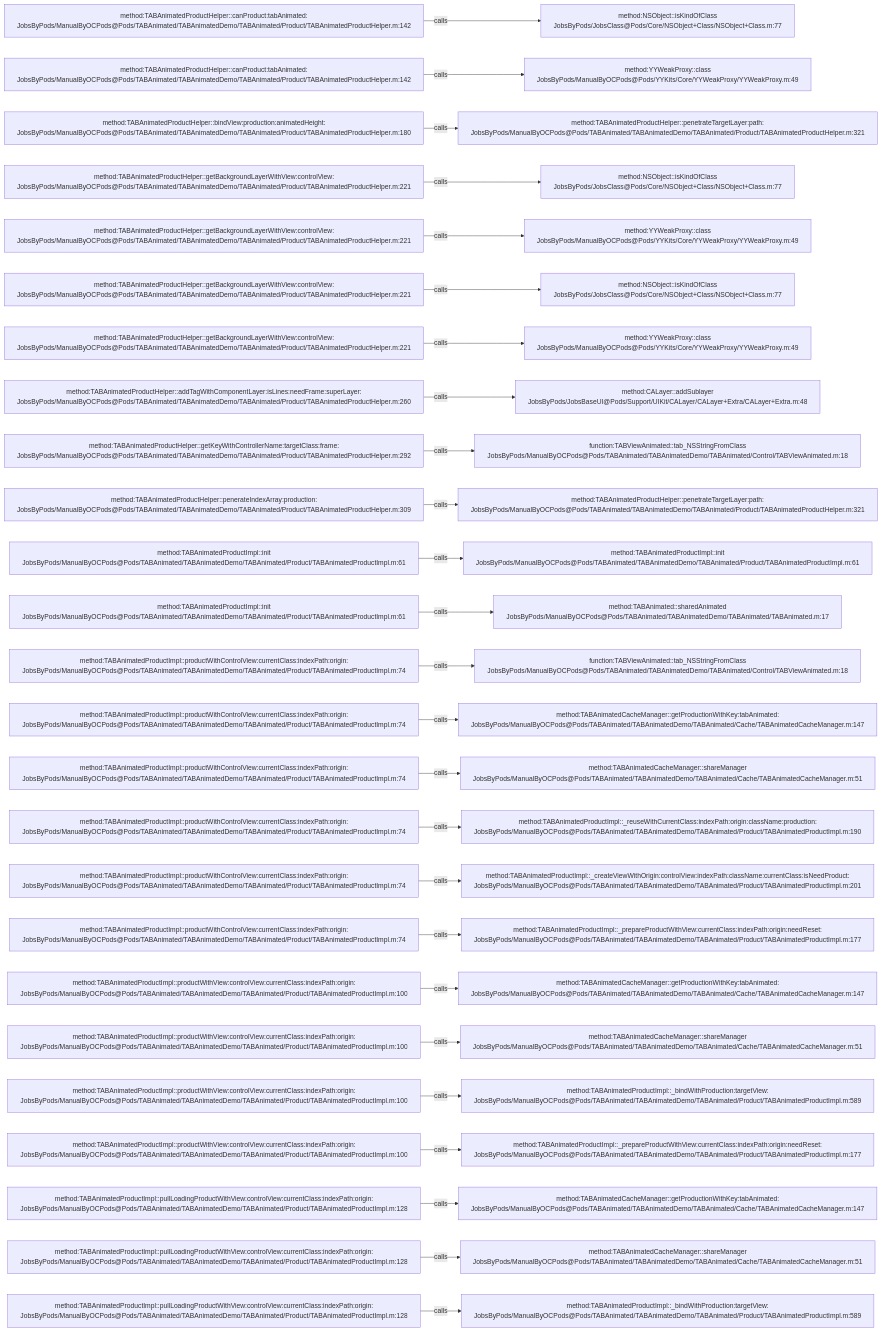
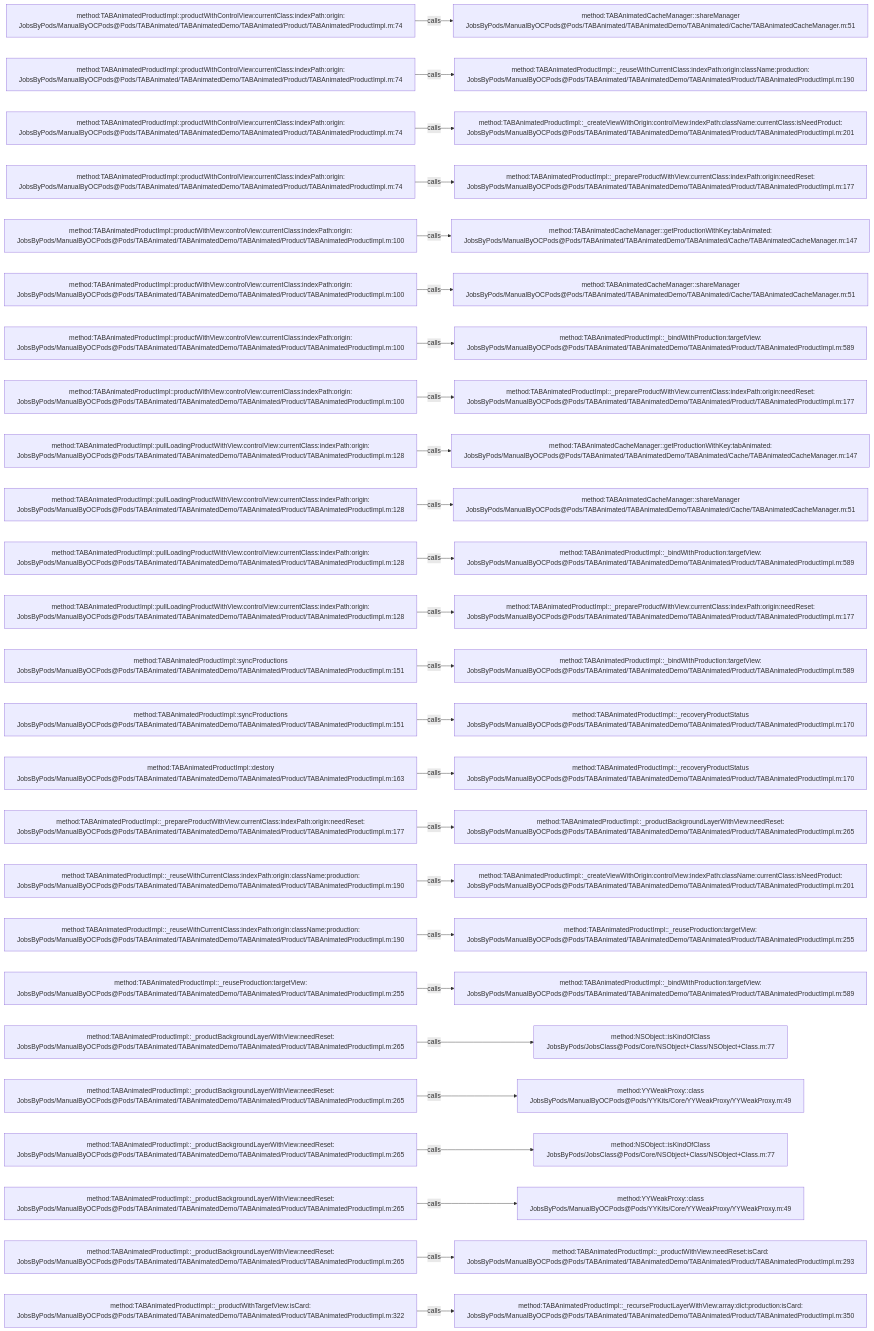
The diagram in .codegraph/codegraph.md/graphs/calls-036.md (JobsKits/JobsOCBaseConfigDemo), drawn with Mermaid before and after one commit. The commit also changed 296 other files, not shown here.

````diff
--- a/.codegraph/codegraph.md/graphs/calls-036.md
+++ b/.codegraph/codegraph.md/graphs/calls-036.md
@@ -13,78 +13,78 @@
 ```mermaid
 flowchart LR
-  S1["method:TABAnimatedProductHelper::canProduct:tabAnimated:<br/>JobsByPods/ManualByOCPods@Pods/TABAnimated/TABAnimatedDemo/TABAnimated/Product/TABAnimatedProductHelper.m:142"]
-  T1["method:NSObject::isKindOfClass<br/>JobsByPods/JobsClass@Pods/Core/NSObject+Class/NSObject+Class.m:77"]
+  S1["method:TABAnimatedProductImpl::productWithControlView:currentClass:indexPath:origin:<br/>JobsByPods/ManualByOCPods@Pods/TABAnimated/TABAnimatedDemo/TABAnimated/Product/TABAnimatedProductImpl.m:74"]
+  T1["method:TABAnimatedCacheManager::shareManager<br/>JobsByPods/ManualByOCPods@Pods/TABAnimated/TABAnimatedDemo/TABAnimated/Cache/TABAnimatedCacheManager.m:51"]
   S1 -->|calls| T1
-  S2["method:TABAnimatedProductHelper::canProduct:tabAnimated:<br/>JobsByPods/ManualByOCPods@Pods/TABAnimated/TABAnimatedDemo/TABAnimated/Product/TABAnimatedProductHelper.m:142"]
-  T2["method:YYWeakProxy::class<br/>JobsByPods/ManualByOCPods@Pods/YYKits/Core/YYWeakProxy/YYWeakProxy.m:49"]
+  S2["method:TABAnimatedProductImpl::productWithControlView:currentClass:indexPath:origin:<br/>JobsByPods/ManualByOCPods@Pods/TABAnimated/TABAnimatedDemo/TABAnimated/Product/TABAnimatedProductImpl.m:74"]
+  T2["method:TABAnimatedProductImpl::_reuseWithCurrentClass:indexPath:origin:className:production:<br/>JobsByPods/ManualByOCPods@Pods/TABAnimated/TABAnimatedDemo/TABAnimated/Product/TABAnimatedProductImpl.m:190"]
   S2 -->|calls| T2
-  S3["method:TABAnimatedProductHelper::bindView:production:animatedHeight:<br/>JobsByPods/ManualByOCPods@Pods/TABAnimated/TABAnimatedDemo/TABAnimated/Product/TABAnimatedProductHelper.m:180"]
-  T3["method:TABAnimatedProductHelper::penetrateTargetLayer:path:<br/>JobsByPods/ManualByOCPods@Pods/TABAnimated/TABAnimatedDemo/TABAnimated/Product/TABAnimatedProductHelper.m:321"]
+  S3["method:TABAnimatedProductImpl::productWithControlView:currentClass:indexPath:origin:<br/>JobsByPods/ManualByOCPods@Pods/TABAnimated/TABAnimatedDemo/TABAnimated/Product/TABAnimatedProductImpl.m:74"]
+  T3["method:TABAnimatedProductImpl::_createViewWithOrigin:controlView:indexPath:className:currentClass:isNeedProduct:<br/>JobsByPods/ManualByOCPods@Pods/TABAnimated/TABAnimatedDemo/TABAnimated/Product/TABAnimatedProductImpl.m:201"]
   S3 -->|calls| T3
-  S4["method:TABAnimatedProductHelper::getBackgroundLayerWithView:controlView:<br/>JobsByPods/ManualByOCPods@Pods/TABAnimated/TABAnimatedDemo/TABAnimated/Product/TABAnimatedProductHelper.m:221"]
-  T4["method:NSObject::isKindOfClass<br/>JobsByPods/JobsClass@Pods/Core/NSObject+Class/NSObject+Class.m:77"]
+  S4["method:TABAnimatedProductImpl::productWithControlView:currentClass:indexPath:origin:<br/>JobsByPods/ManualByOCPods@Pods/TABAnimated/TABAnimatedDemo/TABAnimated/Product/TABAnimatedProductImpl.m:74"]
+  T4["method:TABAnimatedProductImpl::_prepareProductWithView:currentClass:indexPath:origin:needReset:<br/>JobsByPods/ManualByOCPods@Pods/TABAnimated/TABAnimatedDemo/TABAnimated/Product/TABAnimatedProductImpl.m:177"]
   S4 -->|calls| T4
-  S5["method:TABAnimatedProductHelper::getBackgroundLayerWithView:controlView:<br/>JobsByPods/ManualByOCPods@Pods/TABAnimated/TABAnimatedDemo/TABAnimated/Product/TABAnimatedProductHelper.m:221"]
-  T5["method:YYWeakProxy::class<br/>JobsByPods/ManualByOCPods@Pods/YYKits/Core/YYWeakProxy/YYWeakProxy.m:49"]
+  S5["method:TABAnimatedProductImpl::productWithView:controlView:currentClass:indexPath:origin:<br/>JobsByPods/ManualByOCPods@Pods/TABAnimated/TABAnimatedDemo/TABAnimated/Product/TABAnimatedProductImpl.m:100"]
+  T5["method:TABAnimatedCacheManager::getProductionWithKey:tabAnimated:<br/>JobsByPods/ManualByOCPods@Pods/TABAnimated/TABAnimatedDemo/TABAnimated/Cache/TABAnimatedCacheManager.m:147"]
   S5 -->|calls| T5
-  S6["method:TABAnimatedProductHelper::getBackgroundLayerWithView:controlView:<br/>JobsByPods/ManualByOCPods@Pods/TABAnimated/TABAnimatedDemo/TABAnimated/Product/TABAnimatedProductHelper.m:221"]
-  T6["method:NSObject::isKindOfClass<br/>JobsByPods/JobsClass@Pods/Core/NSObject+Class/NSObject+Class.m:77"]
+  S6["method:TABAnimatedProductImpl::productWithView:controlView:currentClass:indexPath:origin:<br/>JobsByPods/ManualByOCPods@Pods/TABAnimated/TABAnimatedDemo/TABAnimated/Product/TABAnimatedProductImpl.m:100"]
+  T6["method:TABAnimatedCacheManager::shareManager<br/>JobsByPods/ManualByOCPods@Pods/TABAnimated/TABAnimatedDemo/TABAnimated/Cache/TABAnimatedCacheManager.m:51"]
   S6 -->|calls| T6
-  S7["method:TABAnimatedProductHelper::getBackgroundLayerWithView:controlView:<br/>JobsByPods/ManualByOCPods@Pods/TABAnimated/TABAnimatedDemo/TABAnimated/Product/TABAnimatedProductHelper.m:221"]
-  T7["method:YYWeakProxy::class<br/>JobsByPods/ManualByOCPods@Pods/YYKits/Core/YYWeakProxy/YYWeakProxy.m:49"]
+  S7["method:TABAnimatedProductImpl::productWithView:controlView:currentClass:indexPath:origin:<br/>JobsByPods/ManualByOCPods@Pods/TABAnimated/TABAnimatedDemo/TABAnimated/Product/TABAnimatedProductImpl.m:100"]
+  T7["method:TABAnimatedProductImpl::_bindWithProduction:targetView:<br/>JobsByPods/ManualByOCPods@Pods/TABAnimated/TABAnimatedDemo/TABAnimated/Product/TABAnimatedProductImpl.m:589"]
   S7 -->|calls| T7
-  S8["method:TABAnimatedProductHelper::addTagWithComponentLayer:isLines:needFrame:superLayer:<br/>JobsByPods/ManualByOCPods@Pods/TABAnimated/TABAnimatedDemo/TABAnimated/Product/TABAnimatedProductHelper.m:260"]
-  T8["method:CALayer::addSublayer<br/>JobsByPods/JobsBaseUI@Pods/Support/UIKit/CALayer/CALayer+Extra/CALayer+Extra.m:48"]
+  S8["method:TABAnimatedProductImpl::productWithView:controlView:currentClass:indexPath:origin:<br/>JobsByPods/ManualByOCPods@Pods/TABAnimated/TABAnimatedDemo/TABAnimated/Product/TABAnimatedProductImpl.m:100"]
+  T8["method:TABAnimatedProductImpl::_prepareProductWithView:currentClass:indexPath:origin:needReset:<br/>JobsByPods/ManualByOCPods@Pods/TABAnimated/TABAnimatedDemo/TABAnimated/Product/TABAnimatedProductImpl.m:177"]
   S8 -->|calls| T8
-  S9["method:TABAnimatedProductHelper::getKeyWithControllerName:targetClass:frame:<br/>JobsByPods/ManualByOCPods@Pods/TABAnimated/TABAnimatedDemo/TABAnimated/Product/TABAnimatedProductHelper.m:292"]
-  T9["function:TABViewAnimated::tab_NSStringFromClass<br/>JobsByPods/ManualByOCPods@Pods/TABAnimated/TABAnimatedDemo/TABAnimated/Control/TABViewAnimated.m:18"]
+  S9["method:TABAnimatedProductImpl::pullLoadingProductWithView:controlView:currentClass:indexPath:origin:<br/>JobsByPods/ManualByOCPods@Pods/TABAnimated/TABAnimatedDemo/TABAnimated/Product/TABAnimatedProductImpl.m:128"]
+  T9["method:TABAnimatedCacheManager::getProductionWithKey:tabAnimated:<br/>JobsByPods/ManualByOCPods@Pods/TABAnimated/TABAnimatedDemo/TABAnimated/Cache/TABAnimatedCacheManager.m:147"]
   S9 -->|calls| T9
-  S10["method:TABAnimatedProductHelper::penerateIndexArray:production:<br/>JobsByPods/ManualByOCPods@Pods/TABAnimated/TABAnimatedDemo/TABAnimated/Product/TABAnimatedProductHelper.m:309"]
-  T10["method:TABAnimatedProductHelper::penetrateTargetLayer:path:<br/>JobsByPods/ManualByOCPods@Pods/TABAnimated/TABAnimatedDemo/TABAnimated/Product/TABAnimatedProductHelper.m:321"]
+  S10["method:TABAnimatedProductImpl::pullLoadingProductWithView:controlView:currentClass:indexPath:origin:<br/>JobsByPods/ManualByOCPods@Pods/TABAnimated/TABAnimatedDemo/TABAnimated/Product/TABAnimatedProductImpl.m:128"]
+  T10["method:TABAnimatedCacheManager::shareManager<br/>JobsByPods/ManualByOCPods@Pods/TABAnimated/TABAnimatedDemo/TABAnimated/Cache/TABAnimatedCacheManager.m:51"]
   S10 -->|calls| T10
-  S11["method:TABAnimatedProductImpl::init<br/>JobsByPods/ManualByOCPods@Pods/TABAnimated/TABAnimatedDemo/TABAnimated/Product/TABAnimatedProductImpl.m:61"]
-  T11["method:TABAnimatedProductImpl::init<br/>JobsByPods/ManualByOCPods@Pods/TABAnimated/TABAnimatedDemo/TABAnimated/Product/TABAnimatedProductImpl.m:61"]
+  S11["method:TABAnimatedProductImpl::pullLoadingProductWithView:controlView:currentClass:indexPath:origin:<br/>JobsByPods/ManualByOCPods@Pods/TABAnimated/TABAnimatedDemo/TABAnimated/Product/TABAnimatedProductImpl.m:128"]
+  T11["method:TABAnimatedProductImpl::_bindWithProduction:targetView:<br/>JobsByPods/ManualByOCPods@Pods/TABAnimated/TABAnimatedDemo/TABAnimated/Product/TABAnimatedProductImpl.m:589"]
   S11 -->|calls| T11
-  S12["method:TABAnimatedProductImpl::init<br/>JobsByPods/ManualByOCPods@Pods/TABAnimated/TABAnimatedDemo/TABAnimated/Product/TABAnimatedProductImpl.m:61"]
-  T12["method:TABAnimated::sharedAnimated<br/>JobsByPods/ManualByOCPods@Pods/TABAnimated/TABAnimatedDemo/TABAnimated/TABAnimated.m:17"]
+  S12["method:TABAnimatedProductImpl::pullLoadingProductWithView:controlView:currentClass:indexPath:origin:<br/>JobsByPods/ManualByOCPods@Pods/TABAnimated/TABAnimatedDemo/TABAnimated/Product/TABAnimatedProductImpl.m:128"]
+  T12["method:TABAnimatedProductImpl::_prepareProductWithView:currentClass:indexPath:origin:needReset:<br/>JobsByPods/ManualByOCPods@Pods/TABAnimated/TABAnimatedDemo/TABAnimated/Product/TABAnimatedProductImpl.m:177"]
   S12 -->|calls| T12
-  S13["method:TABAnimatedProductImpl::productWithControlView:currentClass:indexPath:origin:<br/>JobsByPods/ManualByOCPods@Pods/TABAnimated/TABAnimatedDemo/TABAnimated/Product/TABAnimatedProductImpl.m:74"]
-  T13["function:TABViewAnimated::tab_NSStringFromClass<br/>JobsByPods/ManualByOCPods@Pods/TABAnimated/TABAnimatedDemo/TABAnimated/Control/TABViewAnimated.m:18"]
+  S13["method:TABAnimatedProductImpl::syncProductions<br/>JobsByPods/ManualByOCPods@Pods/TABAnimated/TABAnimatedDemo/TABAnimated/Product/TABAnimatedProductImpl.m:151"]
+  T13["method:TABAnimatedProductImpl::_bindWithProduction:targetView:<br/>JobsByPods/ManualByOCPods@Pods/TABAnimated/TABAnimatedDemo/TABAnimated/Product/TABAnimatedProductImpl.m:589"]
   S13 -->|calls| T13
-  S14["method:TABAnimatedProductImpl::productWithControlView:currentClass:indexPath:origin:<br/>JobsByPods/ManualByOCPods@Pods/TABAnimated/TABAnimatedDemo/TABAnimated/Product/TABAnimatedProductImpl.m:74"]
-  T14["method:TABAnimatedCacheManager::getProductionWithKey:tabAnimated:<br/>JobsByPods/ManualByOCPods@Pods/TABAnimated/TABAnimatedDemo/TABAnimated/Cache/TABAnimatedCacheManager.m:147"]
+  S14["method:TABAnimatedProductImpl::syncProductions<br/>JobsByPods/ManualByOCPods@Pods/TABAnimated/TABAnimatedDemo/TABAnimated/Product/TABAnimatedProductImpl.m:151"]
+  T14["method:TABAnimatedProductImpl::_recoveryProductStatus<br/>JobsByPods/ManualByOCPods@Pods/TABAnimated/TABAnimatedDemo/TABAnimated/Product/TABAnimatedProductImpl.m:170"]
   S14 -->|calls| T14
-  S15["method:TABAnimatedProductImpl::productWithControlView:currentClass:indexPath:origin:<br/>JobsByPods/ManualByOCPods@Pods/TABAnimated/TABAnimatedDemo/TABAnimated/Product/TABAnimatedProductImpl.m:74"]
-  T15["method:TABAnimatedCacheManager::shareManager<br/>JobsByPods/ManualByOCPods@Pods/TABAnimated/TABAnimatedDemo/TABAnimated/Cache/TABAnimatedCacheManager.m:51"]
+  S15["method:TABAnimatedProductImpl::destory<br/>JobsByPods/ManualByOCPods@Pods/TABAnimated/TABAnimatedDemo/TABAnimated/Product/TABAnimatedProductImpl.m:163"]
+  T15["method:TABAnimatedProductImpl::_recoveryProductStatus<br/>JobsByPods/ManualByOCPods@Pods/TABAnimated/TABAnimatedDemo/TABAnimated/Product/TABAnimatedProductImpl.m:170"]
   S15 -->|calls| T15
-  S16["method:TABAnimatedProductImpl::productWithControlView:currentClass:indexPath:origin:<br/>JobsByPods/ManualByOCPods@Pods/TABAnimated/TABAnimatedDemo/TABAnimated/Product/TABAnimatedProductImpl.m:74"]
-  T16["method:TABAnimatedProductImpl::_reuseWithCurrentClass:indexPath:origin:className:production:<br/>JobsByPods/ManualByOCPods@Pods/TABAnimated/TABAnimatedDemo/TABAnimated/Product/TABAnimatedProductImpl.m:190"]
+  S16["method:TABAnimatedProductImpl::_prepareProductWithView:currentClass:indexPath:origin:needReset:<br/>JobsByPods/ManualByOCPods@Pods/TABAnimated/TABAnimatedDemo/TABAnimated/Product/TABAnimatedProductImpl.m:177"]
+  T16["method:TABAnimatedProductImpl::_productBackgroundLayerWithView:needReset:<br/>JobsByPods/ManualByOCPods@Pods/TABAnimated/TABAnimatedDemo/TABAnimated/Product/TABAnimatedProductImpl.m:265"]
   S16 -->|calls| T16
-  S17["method:TABAnimatedProductImpl::productWithControlView:currentClass:indexPath:origin:<br/>JobsByPods/ManualByOCPods@Pods/TABAnimated/TABAnimatedDemo/TABAnimated/Product/TABAnimatedProductImpl.m:74"]
+  S17["method:TABAnimatedProductImpl::_reuseWithCurrentClass:indexPath:origin:className:production:<br/>JobsByPods/ManualByOCPods@Pods/TABAnimated/TABAnimatedDemo/TABAnimated/Product/TABAnimatedProductImpl.m:190"]
   T17["method:TABAnimatedProductImpl::_createViewWithOrigin:controlView:indexPath:className:currentClass:isNeedProduct:<br/>JobsByPods/ManualByOCPods@Pods/TABAnimated/TABAnimatedDemo/TABAnimated/Product/TABAnimatedProductImpl.m:201"]
   S17 -->|calls| T17
-  S18["method:TABAnimatedProductImpl::productWithControlView:currentClass:indexPath:origin:<br/>JobsByPods/ManualByOCPods@Pods/TABAnimated/TABAnimatedDemo/TABAnimated/Product/TABAnimatedProductImpl.m:74"]
-  T18["method:TABAnimatedProductImpl::_prepareProductWithView:currentClass:indexPath:origin:needReset:<br/>JobsByPods/ManualByOCPods@Pods/TABAnimated/TABAnimatedDemo/TABAnimated/Product/TABAnimatedProductImpl.m:177"]
+  S18["method:TABAnimatedProductImpl::_reuseWithCurrentClass:indexPath:origin:className:production:<br/>JobsByPods/ManualByOCPods@Pods/TABAnimated/TABAnimatedDemo/TABAnimated/Product/TABAnimatedProductImpl.m:190"]
+  T18["method:TABAnimatedProductImpl::_reuseProduction:targetView:<br/>JobsByPods/ManualByOCPods@Pods/TABAnimated/TABAnimatedDemo/TABAnimated/Product/TABAnimatedProductImpl.m:255"]
   S18 -->|calls| T18
-  S19["method:TABAnimatedProductImpl::productWithView:controlView:currentClass:indexPath:origin:<br/>JobsByPods/ManualByOCPods@Pods/TABAnimated/TABAnimatedDemo/TABAnimated/Product/TABAnimatedProductImpl.m:100"]
-  T19["method:TABAnimatedCacheManager::getProductionWithKey:tabAnimated:<br/>JobsByPods/ManualByOCPods@Pods/TABAnimated/TABAnimatedDemo/TABAnimated/Cache/TABAnimatedCacheManager.m:147"]
+  S19["method:TABAnimatedProductImpl::_reuseProduction:targetView:<br/>JobsByPods/ManualByOCPods@Pods/TABAnimated/TABAnimatedDemo/TABAnimated/Product/TABAnimatedProductImpl.m:255"]
+  T19["method:TABAnimatedProductImpl::_bindWithProduction:targetView:<br/>JobsByPods/ManualByOCPods@Pods/TABAnimated/TABAnimatedDemo/TABAnimated/Product/TABAnimatedProductImpl.m:589"]
   S19 -->|calls| T19
-  S20["method:TABAnimatedProductImpl::productWithView:controlView:currentClass:indexPath:origin:<br/>JobsByPods/ManualByOCPods@Pods/TABAnimated/TABAnimatedDemo/TABAnimated/Product/TABAnimatedProductImpl.m:100"]
-  T20["method:TABAnimatedCacheManager::shareManager<br/>JobsByPods/ManualByOCPods@Pods/TABAnimated/TABAnimatedDemo/TABAnimated/Cache/TABAnimatedCacheManager.m:51"]
+  S20["method:TABAnimatedProductImpl::_productBackgroundLayerWithView:needReset:<br/>JobsByPods/ManualByOCPods@Pods/TABAnimated/TABAnimatedDemo/TABAnimated/Product/TABAnimatedProductImpl.m:265"]
+  T20["method:NSObject::isKindOfClass<br/>JobsByPods/JobsClass@Pods/Core/NSObject+Class/NSObject+Class.m:77"]
   S20 -->|calls| T20
-  S21["method:TABAnimatedProductImpl::productWithView:controlView:currentClass:indexPath:origin:<br/>JobsByPods/ManualByOCPods@Pods/TABAnimated/TABAnimatedDemo/TABAnimated/Product/TABAnimatedProductImpl.m:100"]
-  T21["method:TABAnimatedProductImpl::_bindWithProduction:targetView:<br/>JobsByPods/ManualByOCPods@Pods/TABAnimated/TABAnimatedDemo/TABAnimated/Product/TABAnimatedProductImpl.m:589"]
+  S21["method:TABAnimatedProductImpl::_productBackgroundLayerWithView:needReset:<br/>JobsByPods/ManualByOCPods@Pods/TABAnimated/TABAnimatedDemo/TABAnimated/Product/TABAnimatedProductImpl.m:265"]
+  T21["method:YYWeakProxy::class<br/>JobsByPods/ManualByOCPods@Pods/YYKits/Core/YYWeakProxy/YYWeakProxy.m:49"]
   S21 -->|calls| T21
-  S22["method:TABAnimatedProductImpl::productWithView:controlView:currentClass:indexPath:origin:<br/>JobsByPods/ManualByOCPods@Pods/TABAnimated/TABAnimatedDemo/TABAnimated/Product/TABAnimatedProductImpl.m:100"]
-  T22["method:TABAnimatedProductImpl::_prepareProductWithView:currentClass:indexPath:origin:needReset:<br/>JobsByPods/ManualByOCPods@Pods/TABAnimated/TABAnimatedDemo/TABAnimated/Product/TABAnimatedProductImpl.m:177"]
+  S22["method:TABAnimatedProductImpl::_productBackgroundLayerWithView:needReset:<br/>JobsByPods/ManualByOCPods@Pods/TABAnimated/TABAnimatedDemo/TABAnimated/Product/TABAnimatedProductImpl.m:265"]
+  T22["method:NSObject::isKindOfClass<br/>JobsByPods/JobsClass@Pods/Core/NSObject+Class/NSObject+Class.m:77"]
   S22 -->|calls| T22
-  S23["method:TABAnimatedProductImpl::pullLoadingProductWithView:controlView:currentClass:indexPath:origin:<br/>JobsByPods/ManualByOCPods@Pods/TABAnimated/TABAnimatedDemo/TABAnimated/Product/TABAnimatedProductImpl.m:128"]
-  T23["method:TABAnimatedCacheManager::getProductionWithKey:tabAnimated:<br/>JobsByPods/ManualByOCPods@Pods/TABAnimated/TABAnimatedDemo/TABAnimated/Cache/TABAnimatedCacheManager.m:147"]
+  S23["method:TABAnimatedProductImpl::_productBackgroundLayerWithView:needReset:<br/>JobsByPods/ManualByOCPods@Pods/TABAnimated/TABAnimatedDemo/TABAnimated/Product/TABAnimatedProductImpl.m:265"]
+  T23["method:YYWeakProxy::class<br/>JobsByPods/ManualByOCPods@Pods/YYKits/Core/YYWeakProxy/YYWeakProxy.m:49"]
   S23 -->|calls| T23
-  S24["method:TABAnimatedProductImpl::pullLoadingProductWithView:controlView:currentClass:indexPath:origin:<br/>JobsByPods/ManualByOCPods@Pods/TABAnimated/TABAnimatedDemo/TABAnimated/Product/TABAnimatedProductImpl.m:128"]
-  T24["method:TABAnimatedCacheManager::shareManager<br/>JobsByPods/ManualByOCPods@Pods/TABAnimated/TABAnimatedDemo/TABAnimated/Cache/TABAnimatedCacheManager.m:51"]
+  S24["method:TABAnimatedProductImpl::_productBackgroundLayerWithView:needReset:<br/>JobsByPods/ManualByOCPods@Pods/TABAnimated/TABAnimatedDemo/TABAnimated/Product/TABAnimatedProductImpl.m:265"]
+  T24["method:TABAnimatedProductImpl::_productWithView:needReset:isCard:<br/>JobsByPods/ManualByOCPods@Pods/TABAnimated/TABAnimatedDemo/TABAnimated/Product/TABAnimatedProductImpl.m:293"]
   S24 -->|calls| T24
-  S25["method:TABAnimatedProductImpl::pullLoadingProductWithView:controlView:currentClass:indexPath:origin:<br/>JobsByPods/ManualByOCPods@Pods/TABAnimated/TABAnimatedDemo/TABAnimated/Product/TABAnimatedProductImpl.m:128"]
-  T25["method:TABAnimatedProductImpl::_bindWithProduction:targetView:<br/>JobsByPods/ManualByOCPods@Pods/TABAnimated/TABAnimatedDemo/TABAnimated/Product/TABAnimatedProductImpl.m:589"]
+  S25["method:TABAnimatedProductImpl::_productWithTargetView:isCard:<br/>JobsByPods/ManualByOCPods@Pods/TABAnimated/TABAnimatedDemo/TABAnimated/Product/TABAnimatedProductImpl.m:322"]
+  T25["method:TABAnimatedProductImpl::_recurseProductLayerWithView:array:dict:production:isCard:<br/>JobsByPods/ManualByOCPods@Pods/TABAnimated/TABAnimatedDemo/TABAnimated/Product/TABAnimatedProductImpl.m:350"]
   S25 -->|calls| T25
 ```
````
